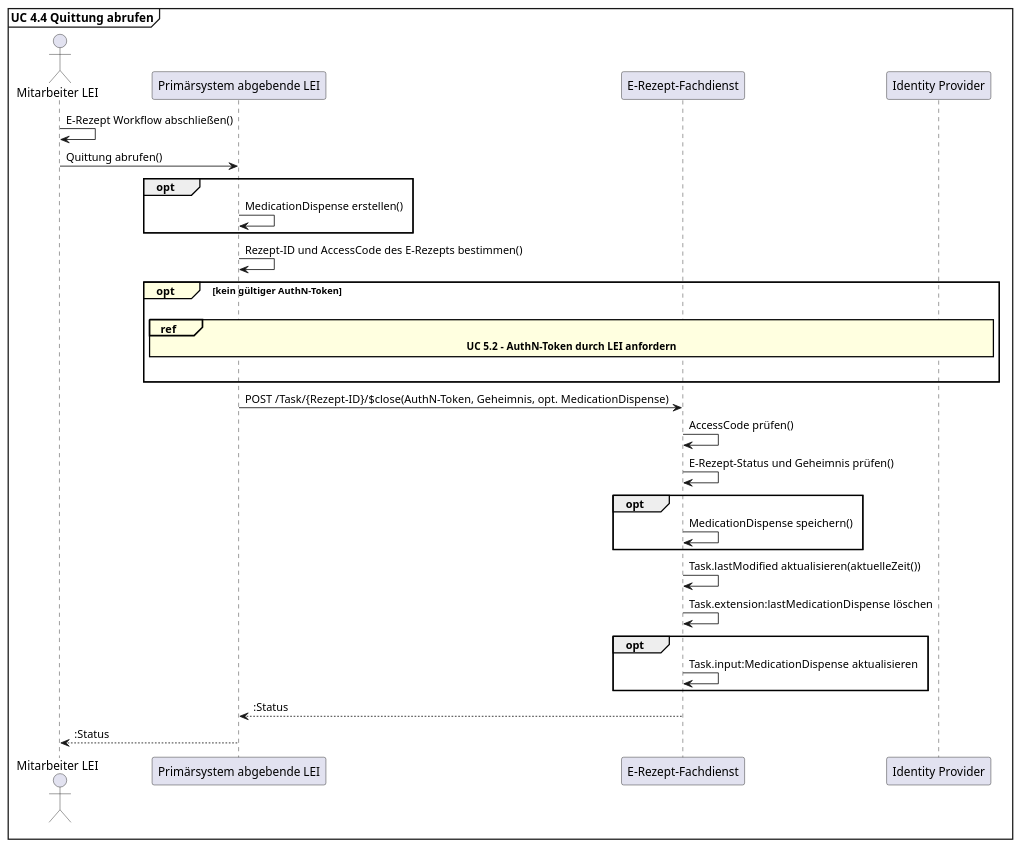
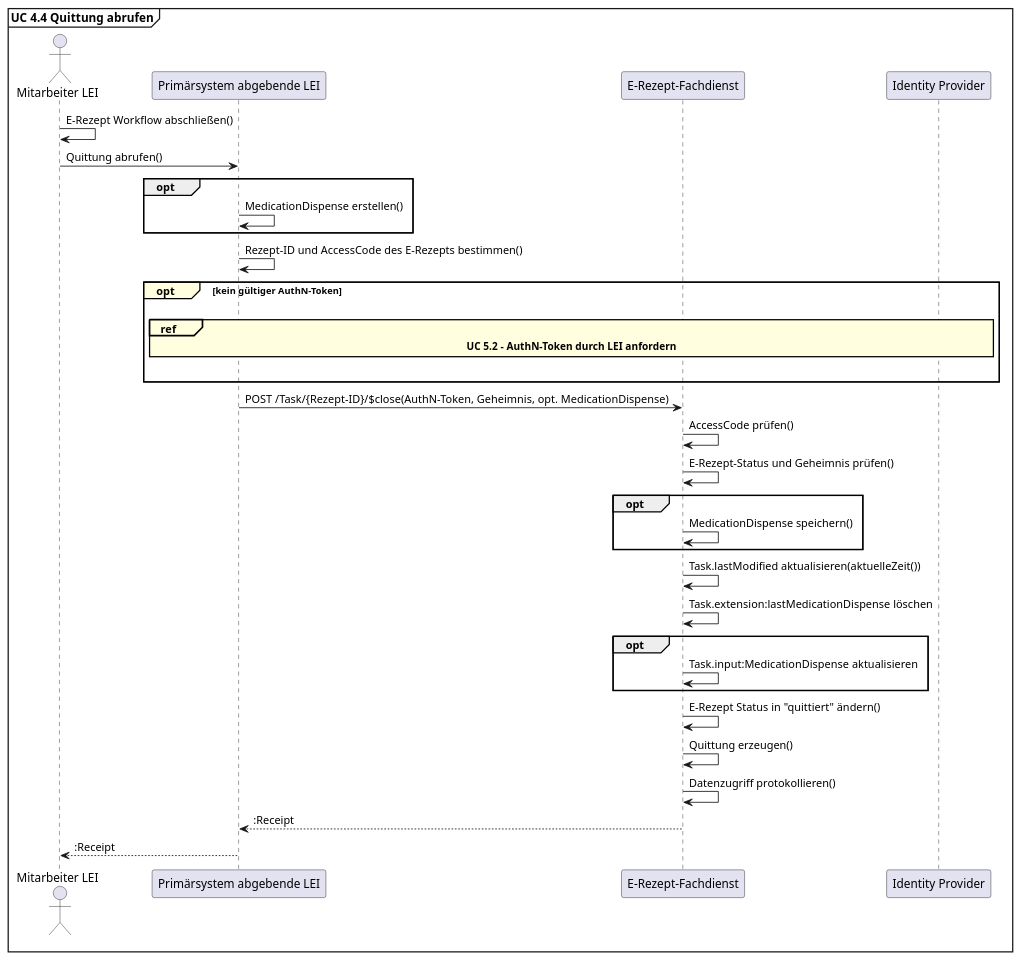
Before and after one commit to gematik/api-erp: the diagram in puml/uc_quittung_abrufen.puml, drawn with PlantUML. The commit also changed 6 other files, not shown here.

```diff
--- a/puml/uc_quittung_abrufen.puml
+++ b/puml/uc_quittung_abrufen.puml
@@ -1,44 +1,48 @@
 @startuml Quittung Abrufen
 skinparam sequenceReferenceBackgroundColor LightYellow
 mainframe **UC 4.4 Quittung abrufen**
 
 actor "Mitarbeiter LEI" as Apotheker
 participant "Primärsystem abgebende LEI" as AVS
 participant "E-Rezept-Fachdienst" as FD
 participant "Identity Provider" as IDP
 
 Apotheker -> Apotheker: E-Rezept Workflow abschließen()
 Apotheker -> AVS: Quittung abrufen()
 
 opt
     AVS -> AVS: MedicationDispense erstellen()
 end
 
 AVS -> AVS: Rezept-ID und AccessCode des E-Rezepts bestimmen()
 
 opt#LightYellow kein gültiger AuthN-Token
 |||
     ref#LightYellow over FD, AVS, IDP: <b>UC 5.2 - AuthN-Token durch LEI anfordern</b>
 |||
 end
 
 AVS -> FD: POST /Task/{Rezept-ID}/$close(AuthN-Token, Geheimnis, opt. MedicationDispense)
 
 FD -> FD: AccessCode prüfen()
 FD -> FD: E-Rezept-Status und Geheimnis prüfen()
 
 opt
     FD -> FD: MedicationDispense speichern()
 end
 
 FD -> FD: Task.lastModified aktualisieren(aktuelleZeit())
 FD -> FD: Task.extension:lastMedicationDispense löschen
 
 opt
     FD -> FD: Task.input:MedicationDispense aktualisieren
 end
 
-FD --> AVS: :Status
-AVS --> Apotheker: :Status
+FD -> FD: E-Rezept Status in "quittiert" ändern()
+FD -> FD: Quittung erzeugen()
+FD -> FD: Datenzugriff protokollieren()
+
+FD --> AVS: :Receipt
+AVS --> Apotheker: :Receipt
 
 @enduml
```
